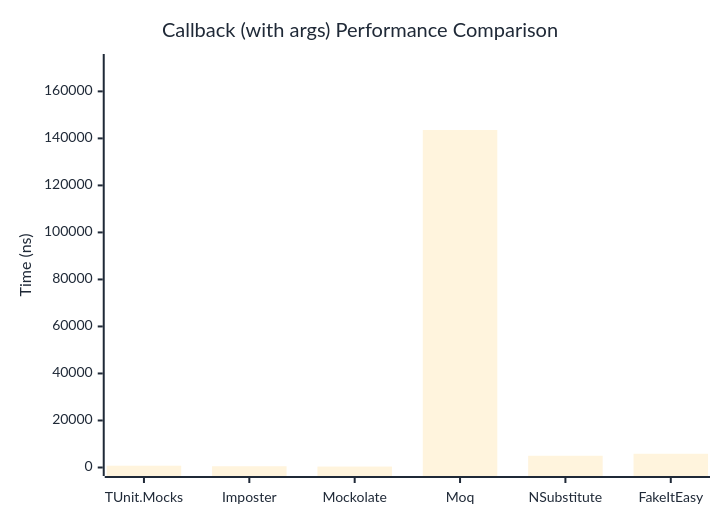
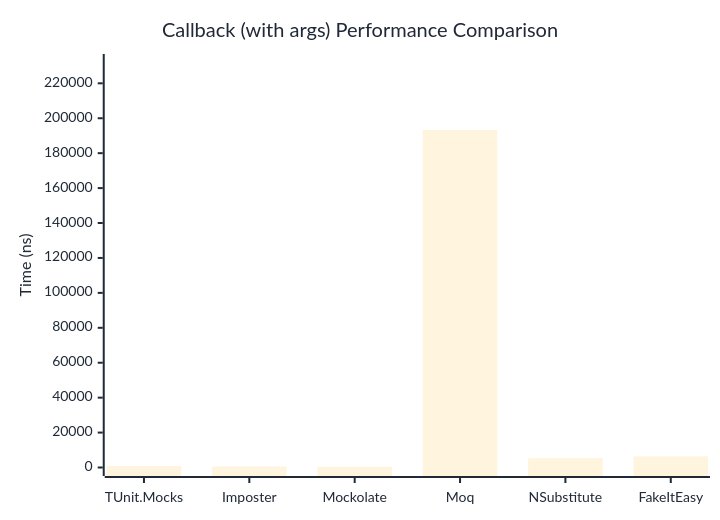
Before and after one commit to thomhurst/TUnit: the second of 2 diagrams in docs/docs/benchmarks/mocks/Callback.md, drawn with Mermaid. The commit also changed other lines of this file and 14 other files, not shown here.

````diff
--- a/docs/docs/benchmarks/mocks/Callback.md
+++ b/docs/docs/benchmarks/mocks/Callback.md
@@ -71,27 +71,27 @@
 ```mermaid
 %%{init: {
   'theme':'base',
   'themeVariables': {
     'primaryColor': '#2563eb',
     'primaryTextColor': '#1f2937',
     'primaryBorderColor': '#1e40af',
     'lineColor': '#6b7280',
     'secondaryColor': '#7c3aed',
     'tertiaryColor': '#dc2626',
     'background': '#ffffff',
     'pie1': '#2563eb',
     'pie2': '#7c3aed',
     'pie3': '#dc2626',
     'pie4': '#f59e0b',
     'pie5': '#10b981',
     'pie6': '#06b6d4',
     'pie7': '#ec4899',
     'pie8': '#6366f1'
   }
 }}%%
 xychart-beta
   title "Callback (with args) Performance Comparison"
   x-axis ["TUnit.Mocks", "Imposter", "Mockolate", "Moq", "NSubstitute", "FakeItEasy"]
-  y-axis "Time (ns)" 0 --> 172284
-  bar [767.9, 536.4, 396.3, 143569.2, 4988.9, 5841.9]
+  y-axis "Time (ns)" 0 --> 231919
+  bar [814.1, 522.4, 407.9, 193265.7, 5387.6, 6398.6]
 ```
````
